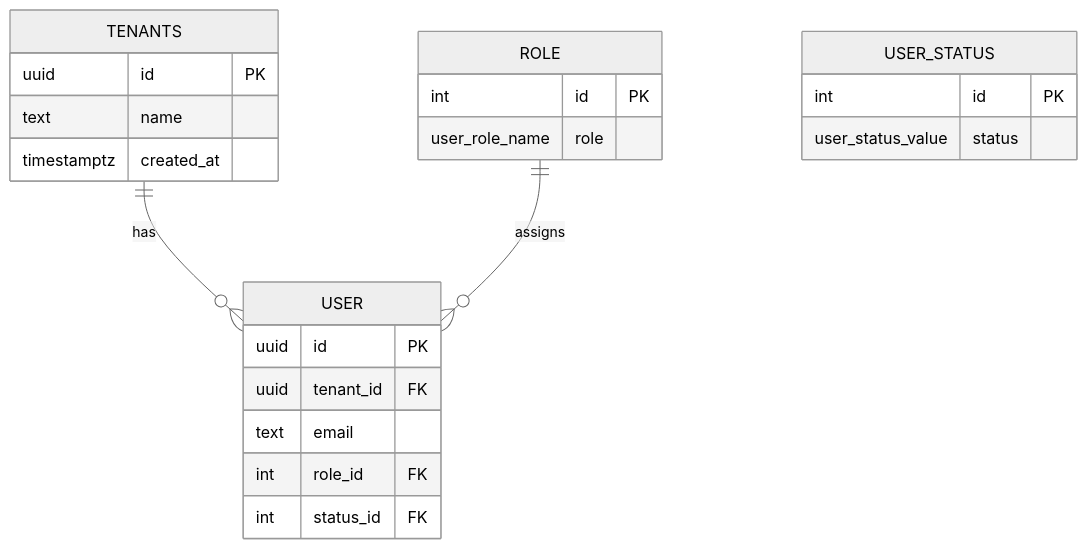
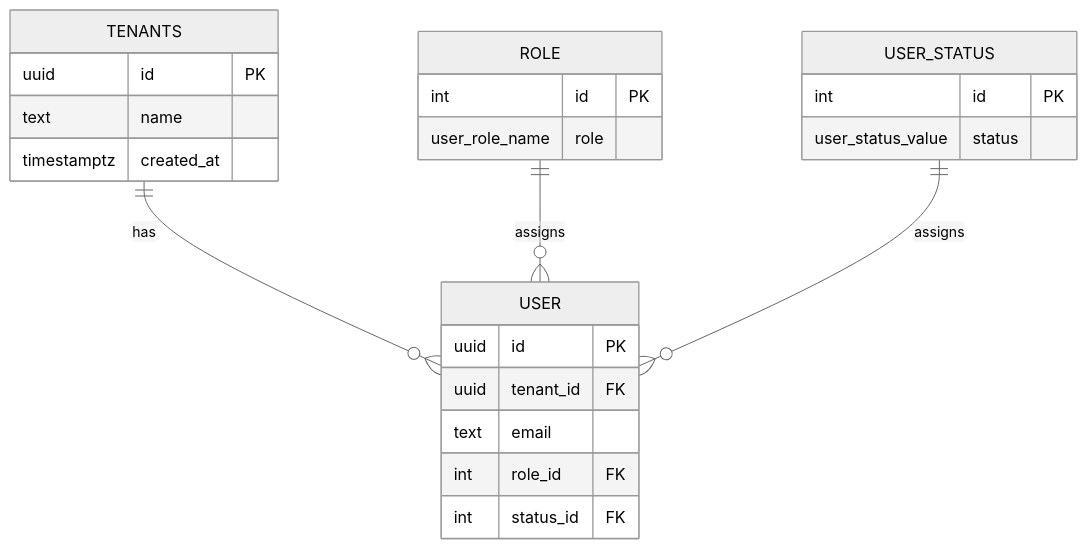
The diagram in planning/team/ticket-journal.md (Topher05/tax-pulse-project-1), drawn with Mermaid (neutral theme) before and after one commit.

Commit message:
Adjusting journal diagram, small inaccuracy

````diff
--- a/planning/team/ticket-journal.md
+++ b/planning/team/ticket-journal.md
@@ -535,29 +535,29 @@
 ```mermaid
 erDiagram
   TENANTS ||--o{ USER : has
   ROLE ||--o{ USER : assigns
-
+  USER_STATUS ||--o{ USER : assigns
   TENANTS {
     uuid id PK
     text name
     timestamptz created_at
   }
 
   ROLE {
     int id PK
     user_role_name role
   }
 
   USER_STATUS {
     int id PK
     user_status_value status
   }
 
   USER {
     uuid id PK
     uuid tenant_id FK
     text email
     int role_id FK
     int status_id FK
   }
 ```
````
